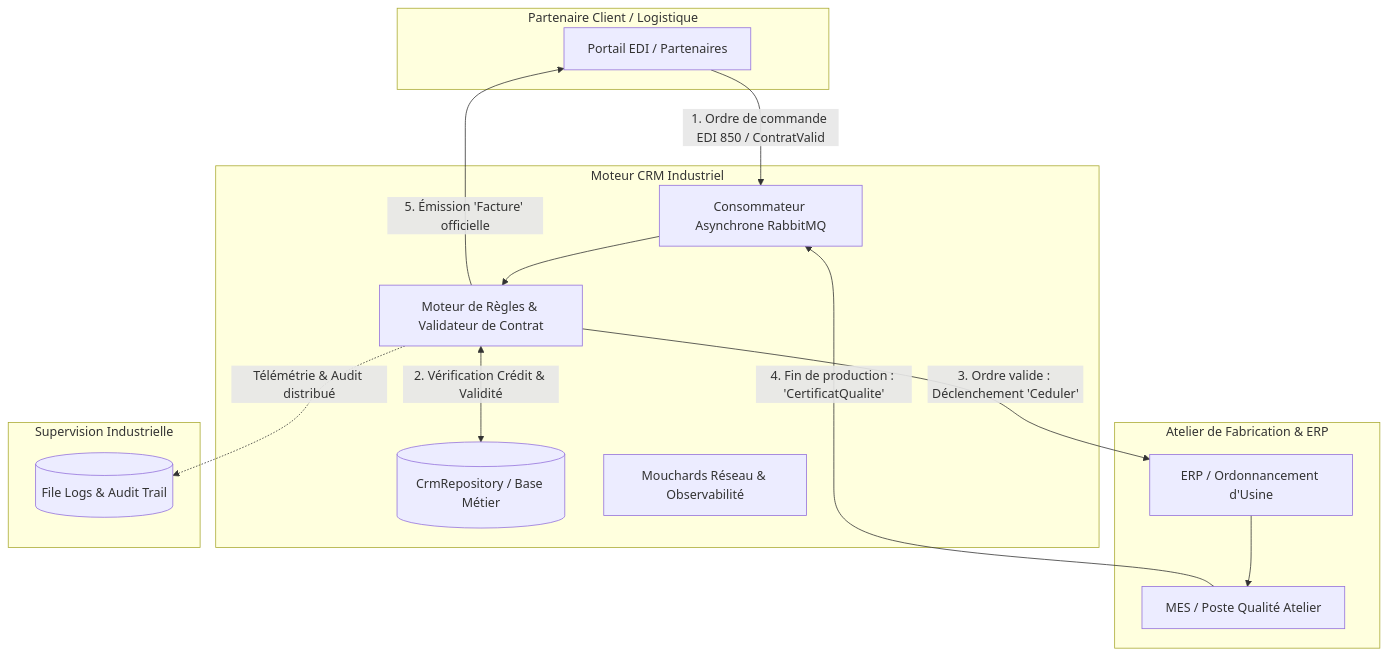
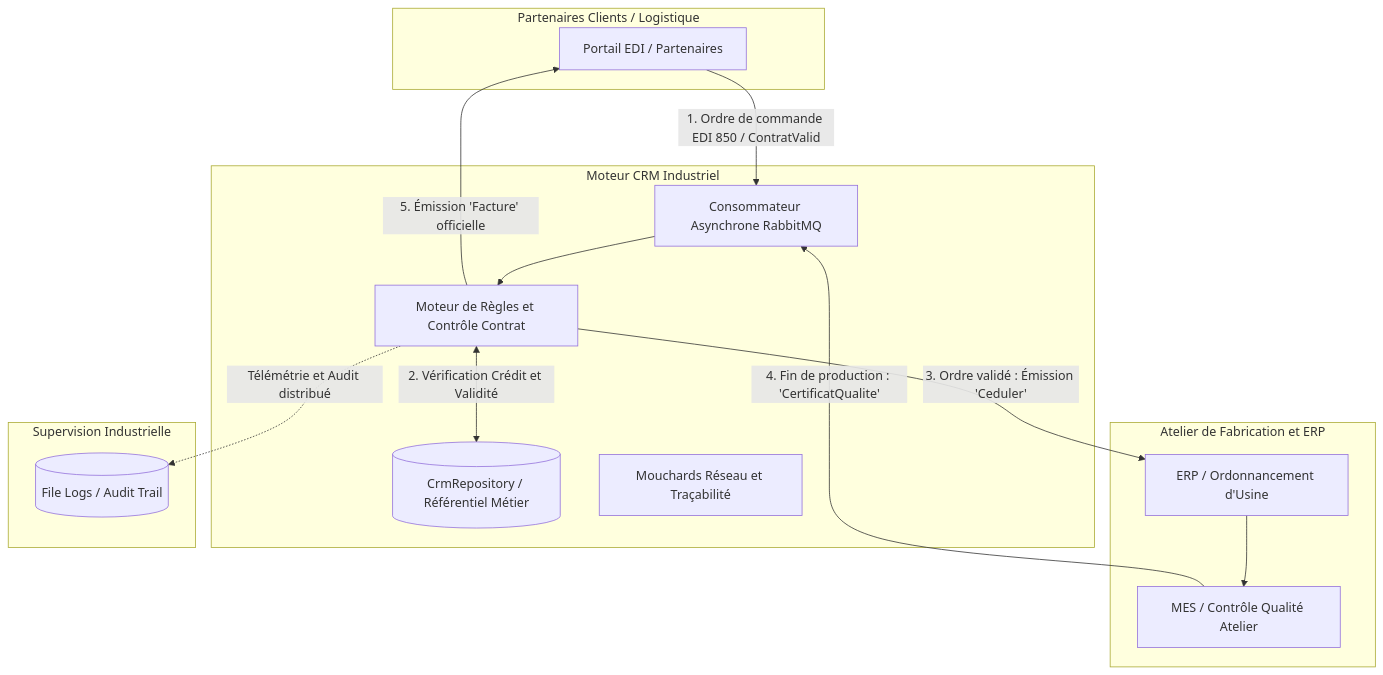
Before and after one commit to EsdrasKoami/CRM_AQL: the diagram in README.md, drawn with Mermaid. The commit also changed other lines of this file, not shown here.

````diff
--- a/README.md
+++ b/README.md
@@ -30,31 +30,31 @@
 ```mermaid
 flowchart TD
-    subgraph Partenaires_Clients [Partenaire Client / Logistique]
+    subgraph Partenaires_Clients [Partenaires Clients / Logistique]
         EDI[Portail EDI / Partenaires]
     end
 
     subgraph Middleware_CRM [Moteur CRM Industriel]
         CRM_Sub[Consommateur Asynchrone RabbitMQ]
-        Engine[Moteur de Règles & Validateur de Contrat]
-        DB[(CrmRepository / Base Métier)]
-        Spy[Mouchards Réseau & Observabilité]
+        Engine[Moteur de Règles et Contrôle Contrat]
+        DB[(CrmRepository / Référentiel Métier)]
+        Spy[Mouchards Réseau et Traçabilité]
     end
 
-    subgraph Plancher_Usine [Atelier de Fabrication & ERP]
+    subgraph Plancher_Usine [Atelier de Fabrication et ERP]
         ERP[ERP / Ordonnancement d'Usine]
-        MES[MES / Poste Qualité Atelier]
+        MES[MES / Contrôle Qualité Atelier]
     end
 
     subgraph Audit_Supervision [Supervision Industrielle]
-        Logs[(File Logs & Audit Trail)]
+        Logs[(File Logs / Audit Trail)]
     end
 
     EDI -->|1. Ordre de commande EDI 850 / ContratValid| CRM_Sub
     CRM_Sub --> Engine
-    Engine <-->|2. Vérification Crédit & Validité| DB
-    Engine -->|3. Ordre valide : Déclenchement 'Ceduler'| ERP
+    Engine <-->|2. Vérification Crédit et Validité| DB
+    Engine -->|3. Ordre validé : Émission 'Ceduler'| ERP
     ERP --> MES
     MES -->|4. Fin de production : 'CertificatQualite'| CRM_Sub
     Engine -->|5. Émission 'Facture' officielle| EDI
-    Engine -.->|Télémétrie & Audit distribué| Logs
+    Engine -.->|Télémétrie et Audit distribué| Logs
 ```
````
